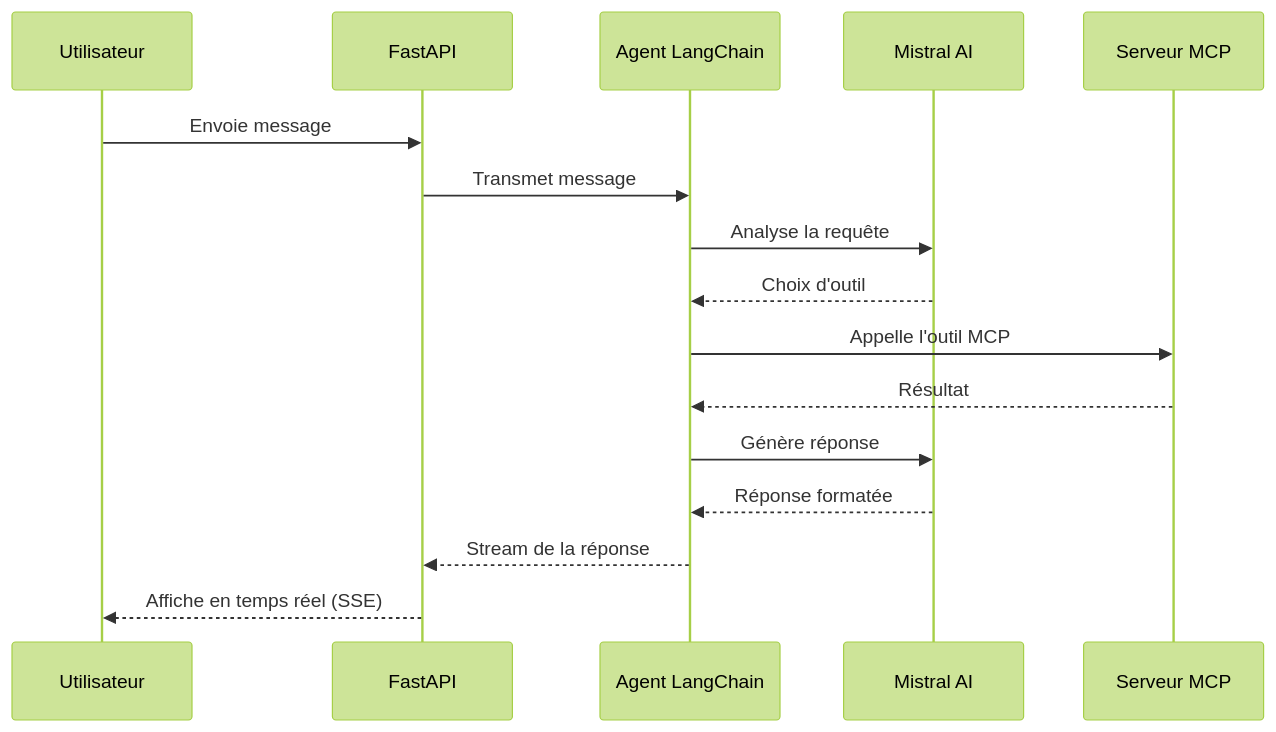
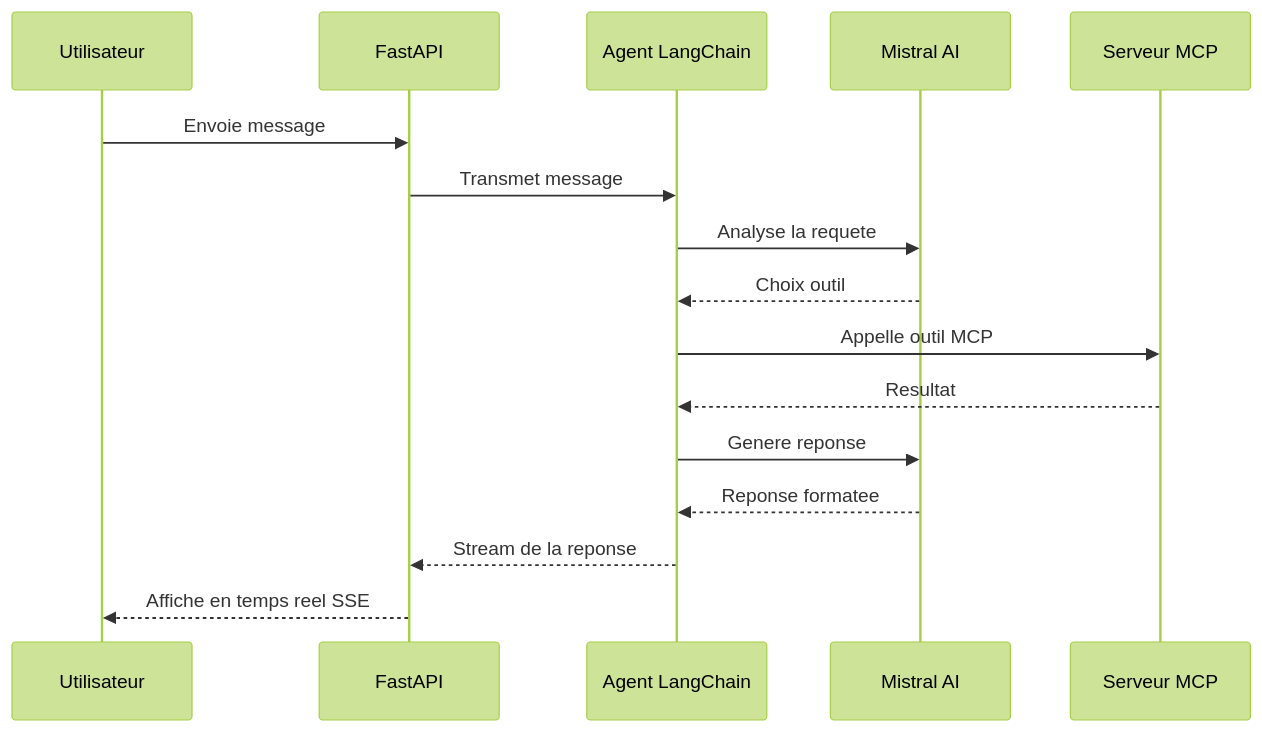
One commit to cjeanneau/Projet-Agent-IA-Immo-MCP changed the fourth of 4 diagrams in README.md. Above: the diagram before and after it, drawn with Mermaid (forest theme). The commit also changed other lines of this file, not shown here.

Commit message:
CHORE fixing mermaid rendering

````diff
--- a/README.md
+++ b/README.md
@@ -261,19 +262,19 @@
 ```mermaid
 sequenceDiagram
     participant U as Utilisateur
     participant FA as FastAPI
     participant Agent as Agent LangChain
     participant LLM as Mistral AI
     participant MCP as Serveur MCP
 
     U->>FA: Envoie message
     FA->>Agent: Transmet message
-    Agent->>LLM: Analyse la requête
-    LLM-->>Agent: Choix d'outil
-    Agent->>MCP: Appelle l'outil MCP
-    MCP-->>Agent: Résultat
-    Agent->>LLM: Génère réponse
-    LLM-->>Agent: Réponse formatée
-    Agent-->>FA: Stream de la réponse
-    FA-->>U: Affiche en temps réel (SSE)
+    Agent->>LLM: Analyse la requete
+    LLM-->>Agent: Choix outil
+    Agent->>MCP: Appelle outil MCP
+    MCP-->>Agent: Resultat
+    Agent->>LLM: Genere reponse
+    LLM-->>Agent: Reponse formatee
+    Agent-->>FA: Stream de la reponse
+    FA-->>U: Affiche en temps reel SSE
 ```
````
